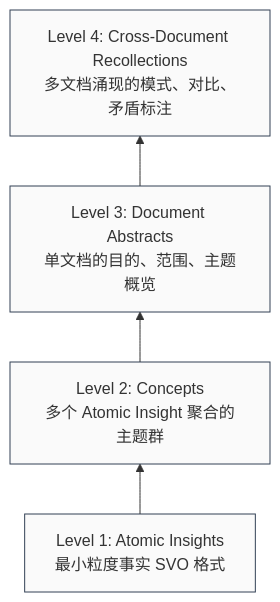
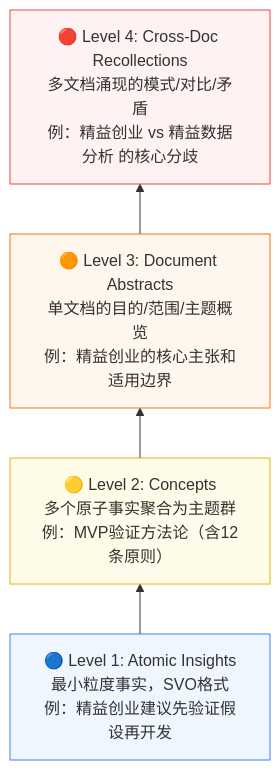
One commit to zjgulai/Kb2Agent changed the fourth of 4 diagrams in docs/knowledge/01-framework.md. Above: the diagram before and after it, drawn with Mermaid. The commit also changed other lines of this file and 7 other files, not shown here.

Commit message:
feat: major iteration - rebuild framework/architecture, add e2e pipeline, kb-evolution, evaluation chapters with full production-grade code

````diff
--- a/docs/knowledge/01-framework.md
+++ b/docs/knowledge/01-framework.md
@@ -58,8 +182,15 @@
 ```mermaid
 flowchart BT
-    L1[Level 1: Atomic Insights<br/>最小粒度事实 SVO 格式] --> L2[Level 2: Concepts<br/>多个 Atomic Insight 聚合的主题群]
-    L2 --> L3[Level 3: Document Abstracts<br/>单文档的目的、范围、主题概览]
-    L3 --> L4[Level 4: Cross-Document Recollections<br/>多文档涌现的模式、对比、矛盾标注]
-    
-    classDef default fill:#fafafa,stroke:#334155,stroke-width:1px;
+    L1["🔵 Level 1: Atomic Insights<br/>最小粒度事实，SVO格式<br/>例：精益创业建议先验证假设再开发"]
+    L2["🟡 Level 2: Concepts<br/>多个原子事实聚合为主题群<br/>例：MVP验证方法论（含12条原则）"]
+    L3["🟠 Level 3: Document Abstracts<br/>单文档的目的/范围/主题概览<br/>例：精益创业的核心主张和适用边界"]
+    L4["🔴 Level 4: Cross-Doc Recollections<br/>多文档涌现的模式/对比/矛盾<br/>例：精益创业 vs 精益数据分析 的核心分歧"]
+
+    L1 --> L2 --> L3 --> L4
+
+    classDef lv1 fill:#eff6ff,stroke:#3b82f6;
+    classDef lv2 fill:#fefce8,stroke:#eab308;
+    classDef lv3 fill:#fff7ed,stroke:#f97316;
+    classDef lv4 fill:#fef2f2,stroke:#ef4444;
+    class L1 lv1; class L2 lv2; class L3 lv3; class L4 lv4;
 ```
````
